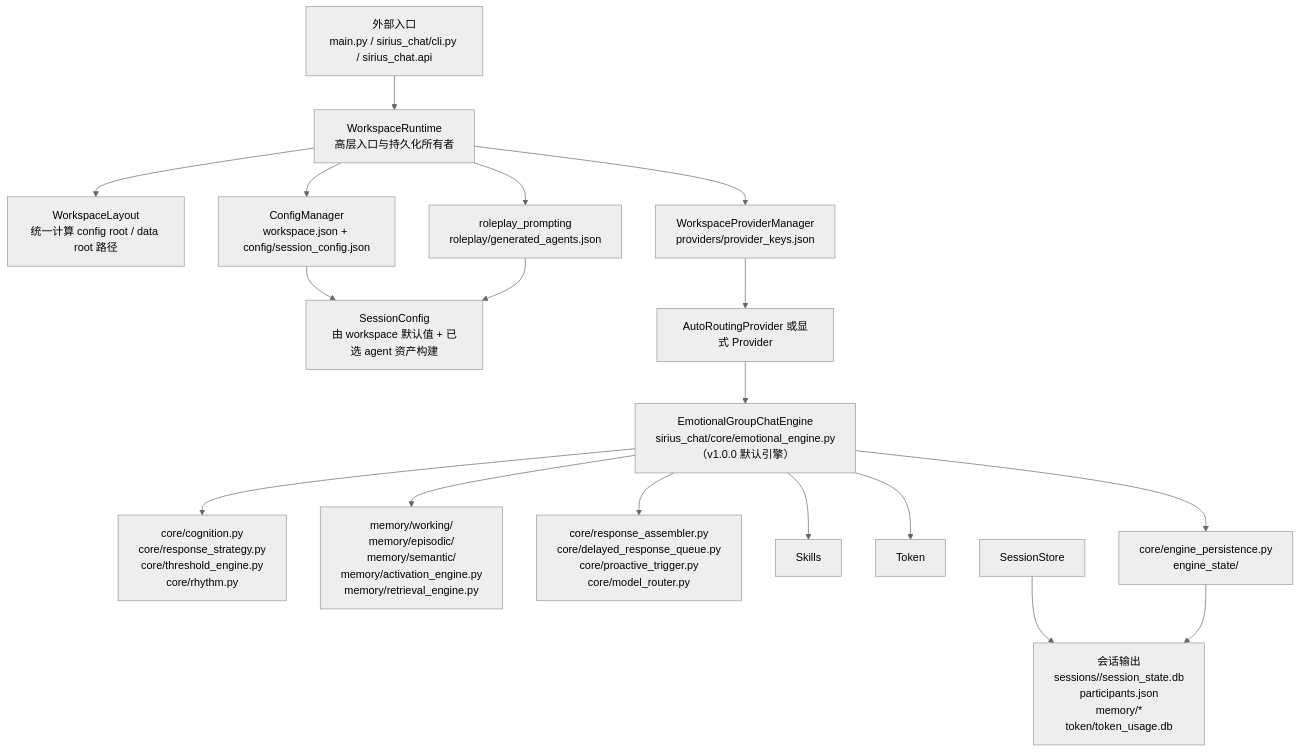
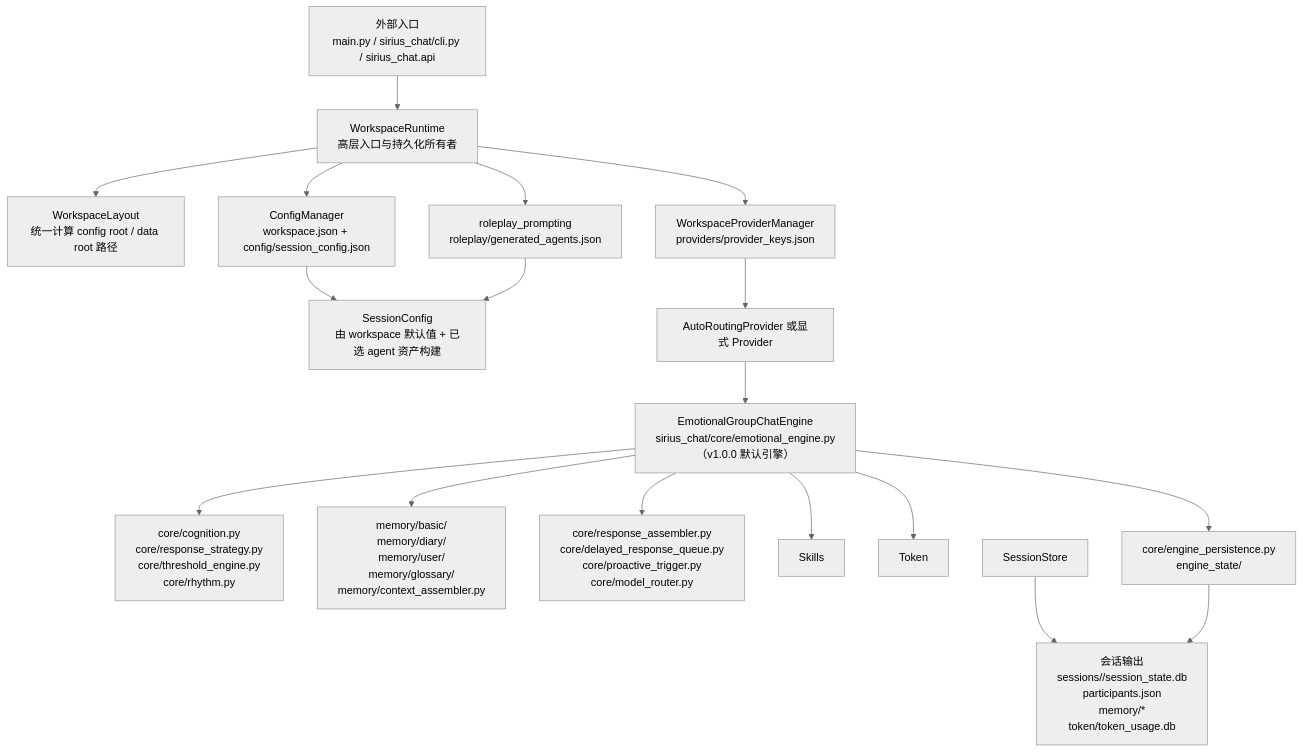
One commit to Sparrived/SiriusChat changed the first of 5 diagrams in docs/full-architecture-flow.md. Above: the diagram before and after it, drawn with Mermaid (neutral theme). The commit also changed other lines of this file and 3 other files, not shown here.

First line of the commit message:
docs: sync architecture docs for v1.0 simplified memory model

````diff
--- a/docs/full-architecture-flow.md
+++ b/docs/full-architecture-flow.md
@@ -19,22 +19,22 @@
 ```mermaid
 flowchart TD
   Entry["外部入口\nmain.py / sirius_chat/cli.py / sirius_chat.api"] --> Runtime["WorkspaceRuntime\n高层入口与持久化所有者"]
   Runtime --> Layout["WorkspaceLayout\n统一计算 config root / data root 路径"]
   Runtime --> Config["ConfigManager\nworkspace.json + config/session_config.json"]
   Runtime --> ProviderMgr["WorkspaceProviderManager\nproviders/provider_keys.json"]
   Runtime --> Roleplay["roleplay_prompting\nroleplay/generated_agents.json"]
   Config --> SessionCfg["SessionConfig\n由 workspace 默认值 + 已选 agent 资产构建"]
   ProviderMgr --> Provider["AutoRoutingProvider 或显式 Provider"]
   Roleplay --> SessionCfg
 
   Provider --> EmotionalEngine["EmotionalGroupChatEngine\nsirius_chat/core/emotional_engine.py\n（v1.0.0 默认引擎）"]
   EmotionalEngine --> NewCognitive["core/cognition.py\ncore/response_strategy.py\ncore/threshold_engine.py\ncore/rhythm.py"]
-  EmotionalEngine --> NewMemory["memory/working/\nmemory/episodic/\nmemory/semantic/\nmemory/activation_engine.py\nmemory/retrieval_engine.py"]
+  EmotionalEngine --> NewMemory["memory/basic/\nmemory/diary/\nmemory/user/\nmemory/glossary/\nmemory/context_assembler.py"]
   EmotionalEngine --> NewExecution["core/response_assembler.py\ncore/delayed_response_queue.py\ncore/proactive_trigger.py\ncore/model_router.py"]
   EmotionalEngine --> Skills
   EmotionalEngine --> Token
   EmotionalEngine --> EngineState["core/engine_persistence.py\nengine_state/"]
 
   SessionStore --> Outputs["会话输出\nsessions/<session_id>/session_state.db\nparticipants.json\nmemory/*\ntoken/token_usage.db"]
   EngineState --> Outputs
 ```
````
